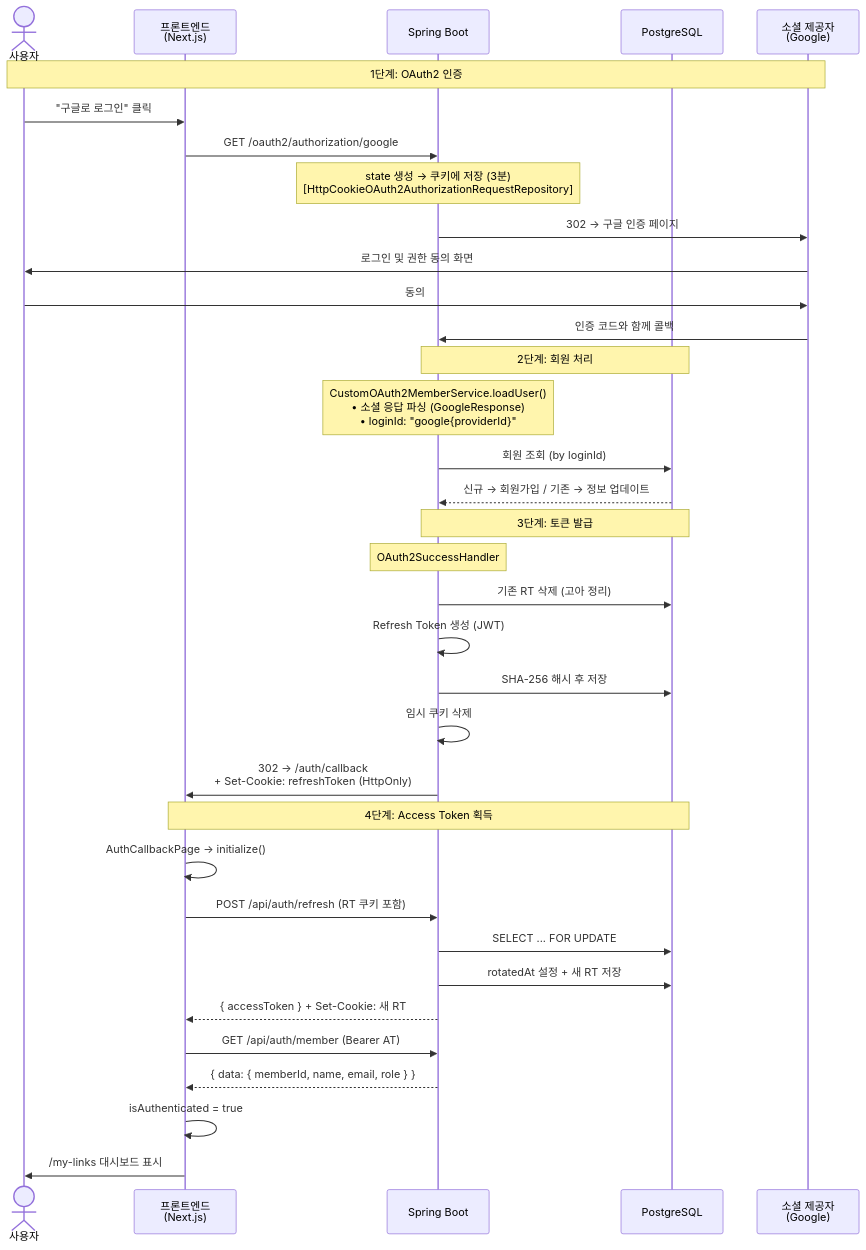
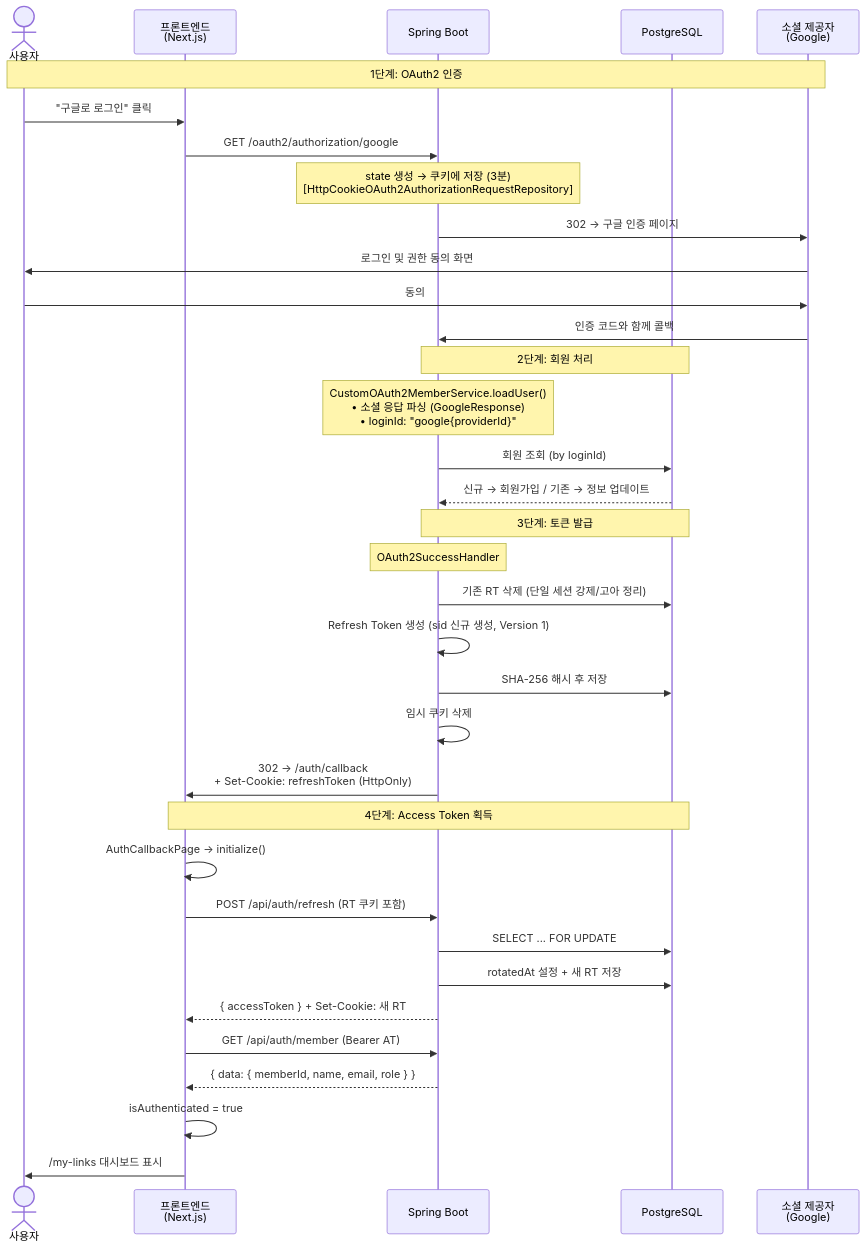
The third of 10 diagrams in docs/Backend/02. jwt-oauth2-architecture.md (jin2304/SearchWeb_Spring), drawn with Mermaid before and after one commit. The commit also changed other lines of this file and 1 other file, not shown here.

````diff
--- a/docs/Backend/02. jwt-oauth2-architecture.md
+++ b/docs/Backend/02. jwt-oauth2-architecture.md
@@ -121,49 +121,49 @@
 ```mermaid
 sequenceDiagram
     actor User as 사용자
     participant FE as 프론트엔드<br/>(Next.js)
     participant SB as Spring Boot
     participant DB as PostgreSQL
     participant Social as 소셜 제공자<br/>(Google)
 
     Note over User,Social: 1단계: OAuth2 인증
 
     User->>FE: "구글로 로그인" 클릭
     FE->>SB: GET /oauth2/authorization/google
 
     Note over SB: state 생성 → 쿠키에 저장 (3분)<br/>[HttpCookieOAuth2AuthorizationRequestRepository]
 
     SB->>Social: 302 → 구글 인증 페이지
     Social->>User: 로그인 및 권한 동의 화면
     User->>Social: 동의
     Social->>SB: 인증 코드와 함께 콜백
 
     Note over SB,DB: 2단계: 회원 처리
 
     Note over SB: CustomOAuth2MemberService.loadUser()<br/>• 소셜 응답 파싱 (GoogleResponse)<br/>• loginId: "google{providerId}"
     SB->>DB: 회원 조회 (by loginId)
     DB-->>SB: 신규 → 회원가입 / 기존 → 정보 업데이트
 
     Note over SB,DB: 3단계: 토큰 발급
 
     Note over SB: OAuth2SuccessHandler
-    SB->>DB: 기존 RT 삭제 (고아 정리)
-    SB->>SB: Refresh Token 생성 (JWT)
+    SB->>DB: 기존 RT 삭제 (단일 세션 강제/고아 정리)
+    SB->>SB: Refresh Token 생성 (sid 신규 생성, Version 1)
     SB->>DB: SHA-256 해시 후 저장
     SB->>SB: 임시 쿠키 삭제
     SB->>FE: 302 → /auth/callback<br/>+ Set-Cookie: refreshToken (HttpOnly)
 
     Note over FE,DB: 4단계: Access Token 획득
 
     FE->>FE: AuthCallbackPage → initialize()
     FE->>SB: POST /api/auth/refresh (RT 쿠키 포함)
     SB->>DB: SELECT ... FOR UPDATE
     SB->>DB: rotatedAt 설정 + 새 RT 저장
     SB-->>FE: { accessToken } + Set-Cookie: 새 RT
 
     FE->>SB: GET /api/auth/member (Bearer AT)
     SB-->>FE: { data: { memberId, name, email, role } }
 
     FE->>FE: isAuthenticated = true
     FE->>User: /my-links 대시보드 표시
 ```
````
